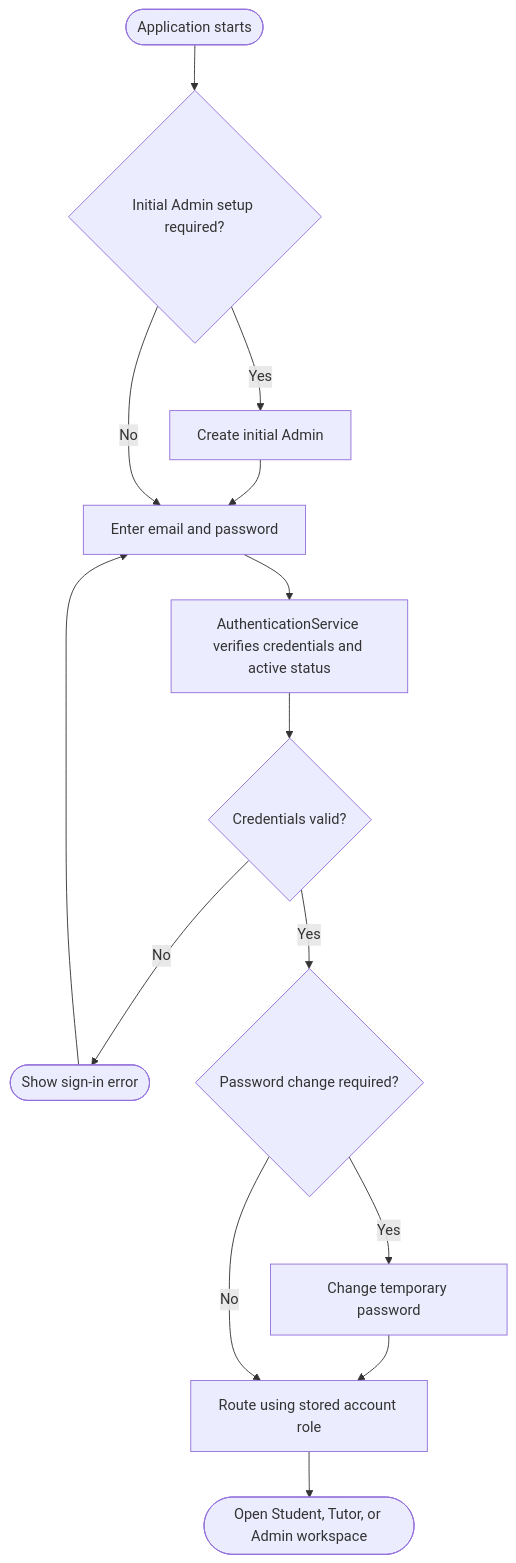
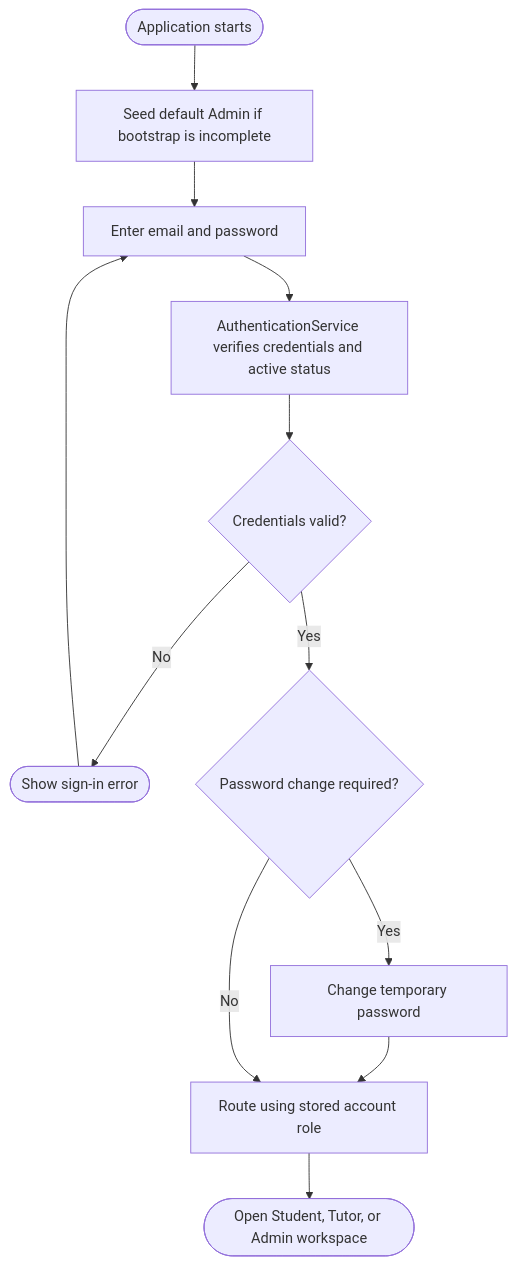
The second of 5 diagrams in docs/DeveloperGuide.md (CS3227-2610-MP2-UniChope/CS3227-2610-MP2), drawn with Mermaid before and after one commit. The commit also changed other lines of this file and 3 other files, not shown here.

````diff
--- a/docs/DeveloperGuide.md
+++ b/docs/DeveloperGuide.md
@@ -188,16 +191,14 @@
 ```mermaid
 flowchart TD
-    start([Application starts]) --> setup{Initial Admin setup required?}
-    setup -- Yes --> createAdmin[Create initial Admin]
-    createAdmin --> signIn
-    setup -- No --> signIn[Enter email and password]
+    start([Application starts]) --> seed[Seed default Admin if bootstrap is incomplete]
+    seed --> signIn[Enter email and password]
     signIn --> verify[AuthenticationService verifies credentials and active status]
     verify --> valid{Credentials valid?}
     valid -- No --> retry([Show sign-in error])
     retry --> signIn
     valid -- Yes --> change{Password change required?}
     change -- Yes --> update[Change temporary password]
     update --> route[Route using stored account role]
     change -- No --> route
     route --> workspace([Open Student, Tutor, or Admin workspace])
 ```
````
